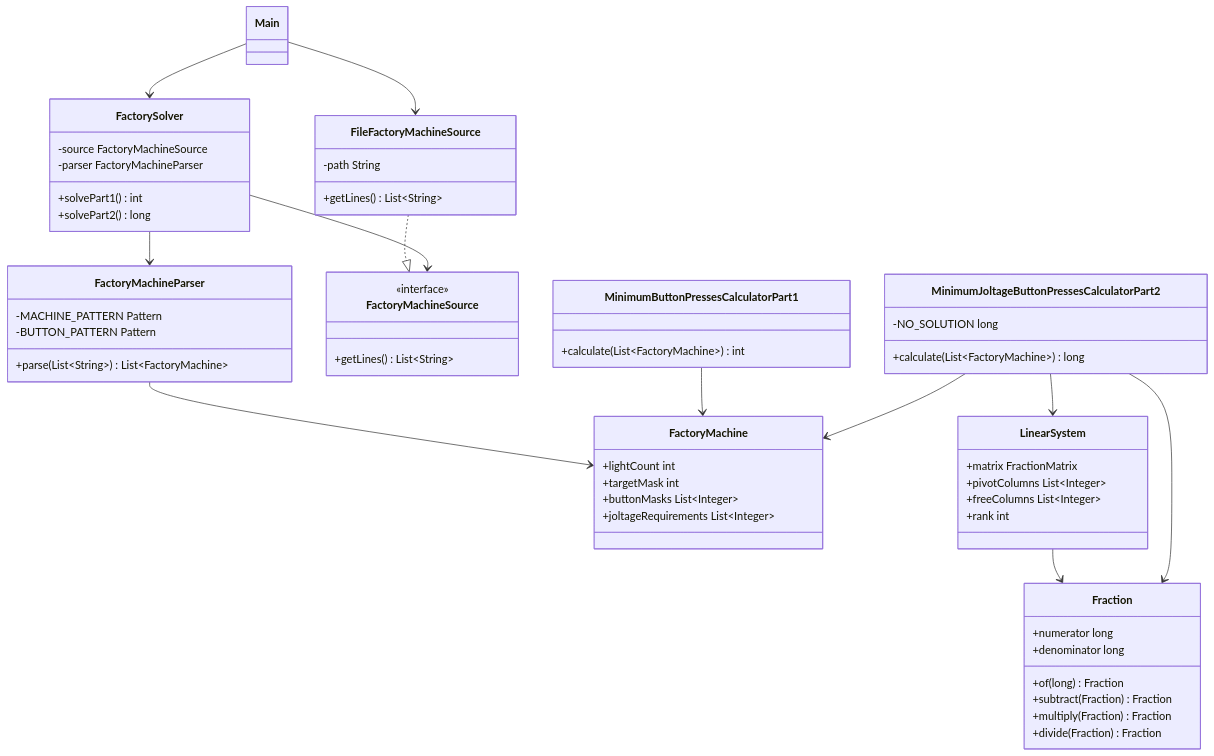
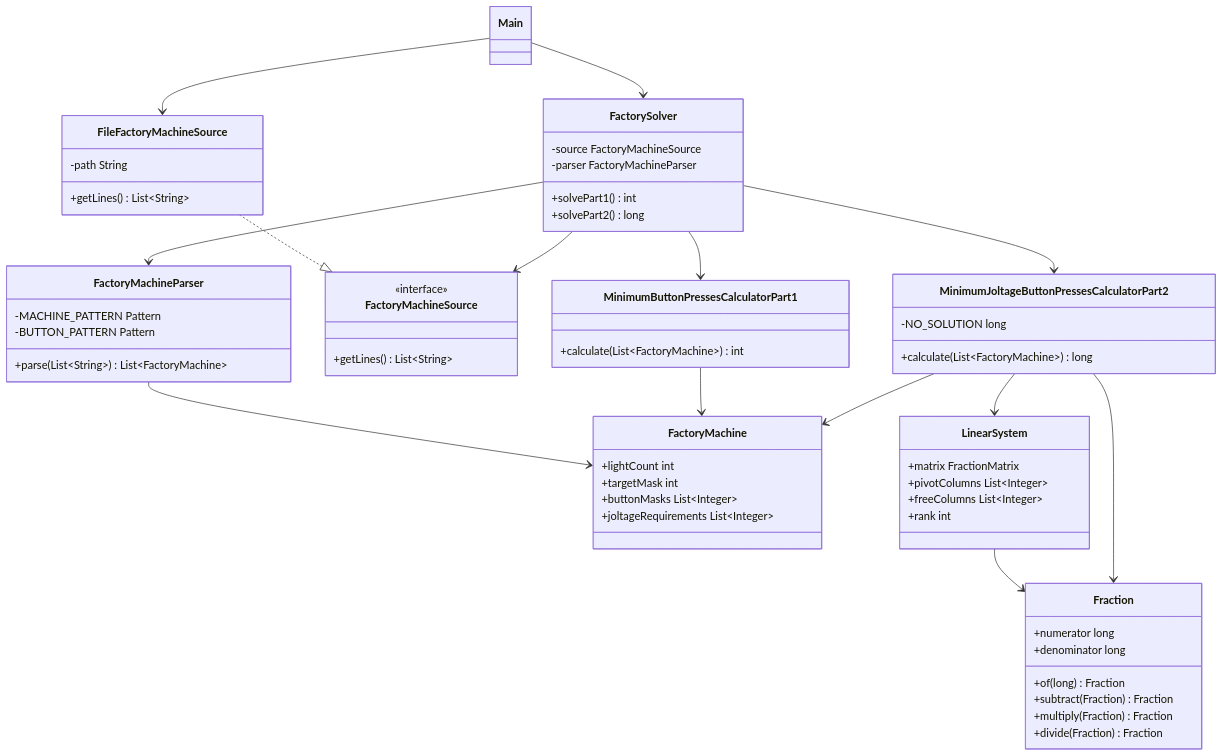
One commit to JavierGlezVel/AoC2025 changed the diagram in dia10/README.md. Above: the diagram before and after it, drawn with Mermaid. The commit also changed 7 other files, not shown here.

````diff
--- a/dia10/README.md
+++ b/dia10/README.md
@@ -290,62 +290,64 @@
 ```mermaid
 classDiagram
     class Main
     class FactorySolver {
         -source FactoryMachineSource
         -parser FactoryMachineParser
         +solvePart1() int
         +solvePart2() long
     }
     class FactoryMachineParser {
         -MACHINE_PATTERN Pattern
         -BUTTON_PATTERN Pattern
         +parse(List~String~) List~FactoryMachine~
     }
     class FactoryMachineSource {
         <<interface>>
         +getLines() List~String~
     }
     class FileFactoryMachineSource {
         -path String
         +getLines() List~String~
     }
     class FactoryMachine {
         +lightCount int
         +targetMask int
         +buttonMasks List~Integer~
         +joltageRequirements List~Integer~
     }
     class MinimumButtonPressesCalculatorPart1 {
         +calculate(List~FactoryMachine~) int
     }
     class MinimumJoltageButtonPressesCalculatorPart2 {
         -NO_SOLUTION long
         +calculate(List~FactoryMachine~) long
     }
     class LinearSystem {
         +matrix FractionMatrix
         +pivotColumns List~Integer~
         +freeColumns List~Integer~
         +rank int
     }
     class Fraction {
         +numerator long
         +denominator long
         +of(long) Fraction
         +subtract(Fraction) Fraction
         +multiply(Fraction) Fraction
         +divide(Fraction) Fraction
     }
 
     Main --> FactorySolver
     Main --> FileFactoryMachineSource
     FileFactoryMachineSource ..|> FactoryMachineSource
     FactorySolver --> FactoryMachineSource
     FactorySolver --> FactoryMachineParser
+    FactorySolver --> MinimumButtonPressesCalculatorPart1
+    FactorySolver --> MinimumJoltageButtonPressesCalculatorPart2
     FactoryMachineParser --> FactoryMachine
     MinimumButtonPressesCalculatorPart1 --> FactoryMachine
     MinimumJoltageButtonPressesCalculatorPart2 --> FactoryMachine
     MinimumJoltageButtonPressesCalculatorPart2 --> LinearSystem
     LinearSystem --> Fraction
     MinimumJoltageButtonPressesCalculatorPart2 --> Fraction
 ```
````
